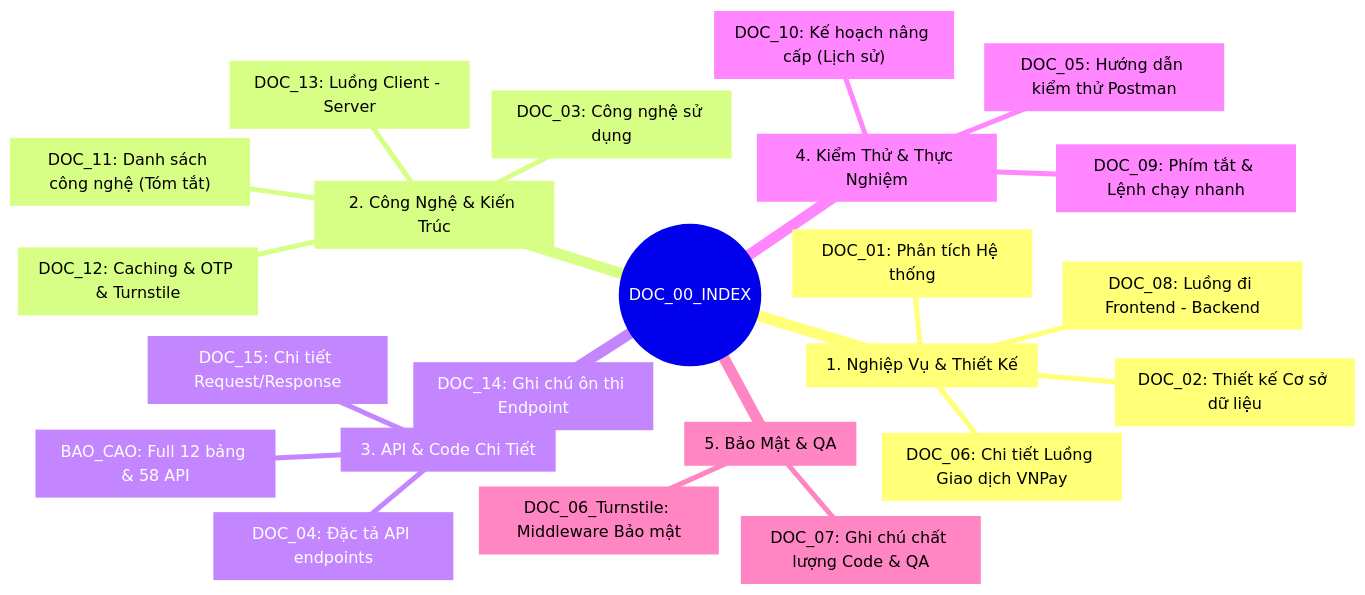
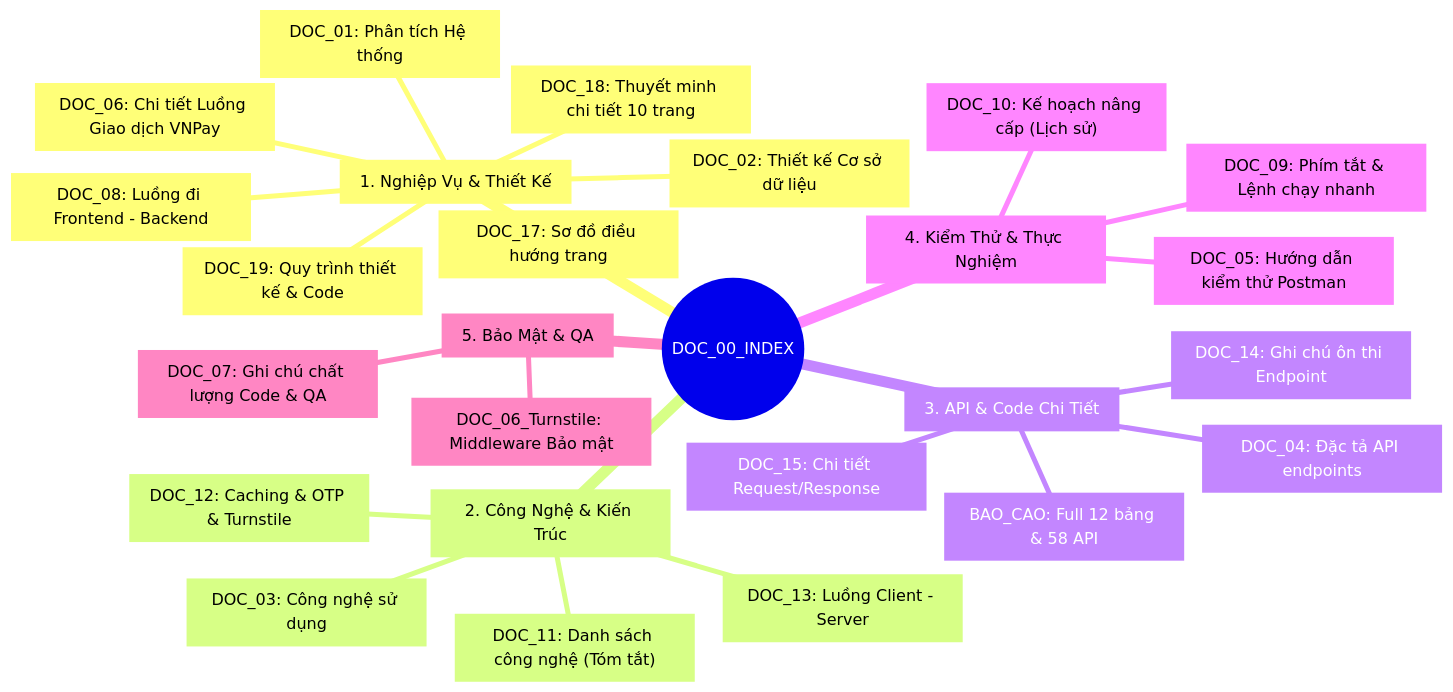
The diagram in docx/DOC_00_INDEX.md (yqhuouc/HealthCare), drawn with Mermaid before and after one commit. The commit also changed other lines of this file and 3 other files, not shown here.

Commit message:
Sơ đồ phân trang và thiết kế uiux

````diff
--- a/docx/DOC_00_INDEX.md
+++ b/docx/DOC_00_INDEX.md
@@ -12,26 +12,29 @@
 ```mermaid
 mindmap
   root((DOC_00_INDEX))
     NghiepVu_ThietKe["1. Nghiệp Vụ & Thiết Kế"]
       DOC_01_SYSTEM_ANALYSIS["DOC_01: Phân tích Hệ thống"]
       DOC_02_DATABASE_DESIGN["DOC_02: Thiết kế Cơ sở dữ liệu"]
       DOC_08_FUNCTION_FLOW["DOC_08: Luồng đi Frontend - Backend"]
       DOC_06_PAYMENT_FLOW["DOC_06: Chi tiết Luồng Giao dịch VNPay"]
+      DOC_17_SITEMAP["DOC_17: Sơ đồ điều hướng trang"]
+      DOC_18_THUYET_MINH_10_TRANG["DOC_18: Thuyết minh chi tiết 10 trang"]
+      DOC_19_QUY_TRINH_THIET_KE_CODE["DOC_19: Quy trình thiết kế & Code"]
     CongNghe_KienTruc["2. Công Nghệ & Kiến Trúc"]
       DOC_03_TECH_STACK["DOC_03: Công nghệ sử dụng"]
       DOC_11_TECH_LIST["DOC_11: Danh sách công nghệ (Tóm tắt)"]
       DOC_12_CACHE_SECURITY["DOC_12: Caching & OTP & Turnstile"]
       DOC_13_CLIENT_SERVER_FLOW_GUIDE["DOC_13: Luồng Client - Server"]
     API_ChiTiet["3. API & Code Chi Tiết"]
       DOC_04_API_SPECIFICATION["DOC_04: Đặc tả API endpoints"]
       DOC_14_ENDPOINT_STUDY_NOTES["DOC_14: Ghi chú ôn thi Endpoint"]
       DOC_15_API_STEP_BY_STEP["DOC_15: Chi tiết Request/Response"]
       BAO_CAO_DU_AN_CHI_TIET["BAO_CAO: Full 12 bảng & 58 API"]
     KiemThu_VanHanh["4. Kiểm Thử & Thực Nghiệm"]
       DOC_05_TESTING_GUIDE["DOC_05: Hướng dẫn kiểm thử Postman"]
       DOC_09_CHEATSHEET["DOC_09: Phím tắt & Lệnh chạy nhanh"]
       DOC_10_PAYMENT_IMPLEMENTATION_PLAN["DOC_10: Kế hoạch nâng cấp (Lịch sử)"]
     BaoMat_ChatLuongCode["5. Bảo Mật & QA"]
       DOC_06_SECURITY_TURNSTILE["DOC_06_Turnstile: Middleware Bảo mật"]
       DOC_07_CODE_QA_NOTES["DOC_07: Ghi chú chất lượng Code & QA"]
 ```
````
